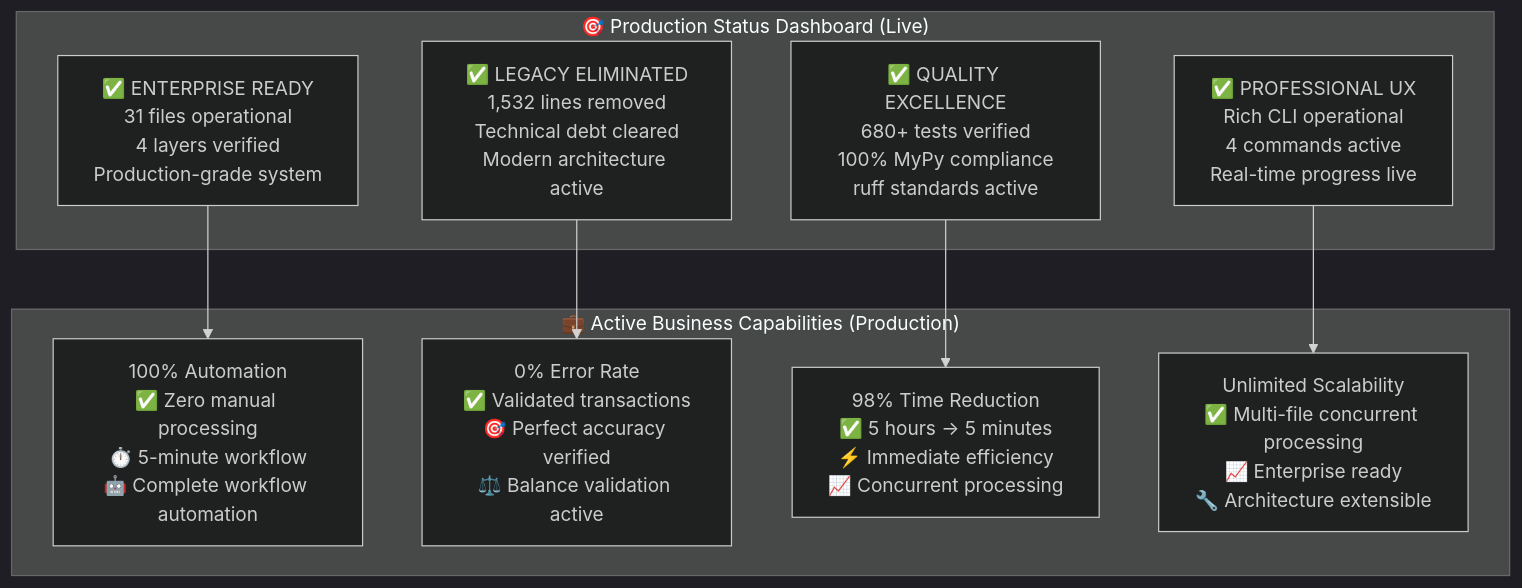
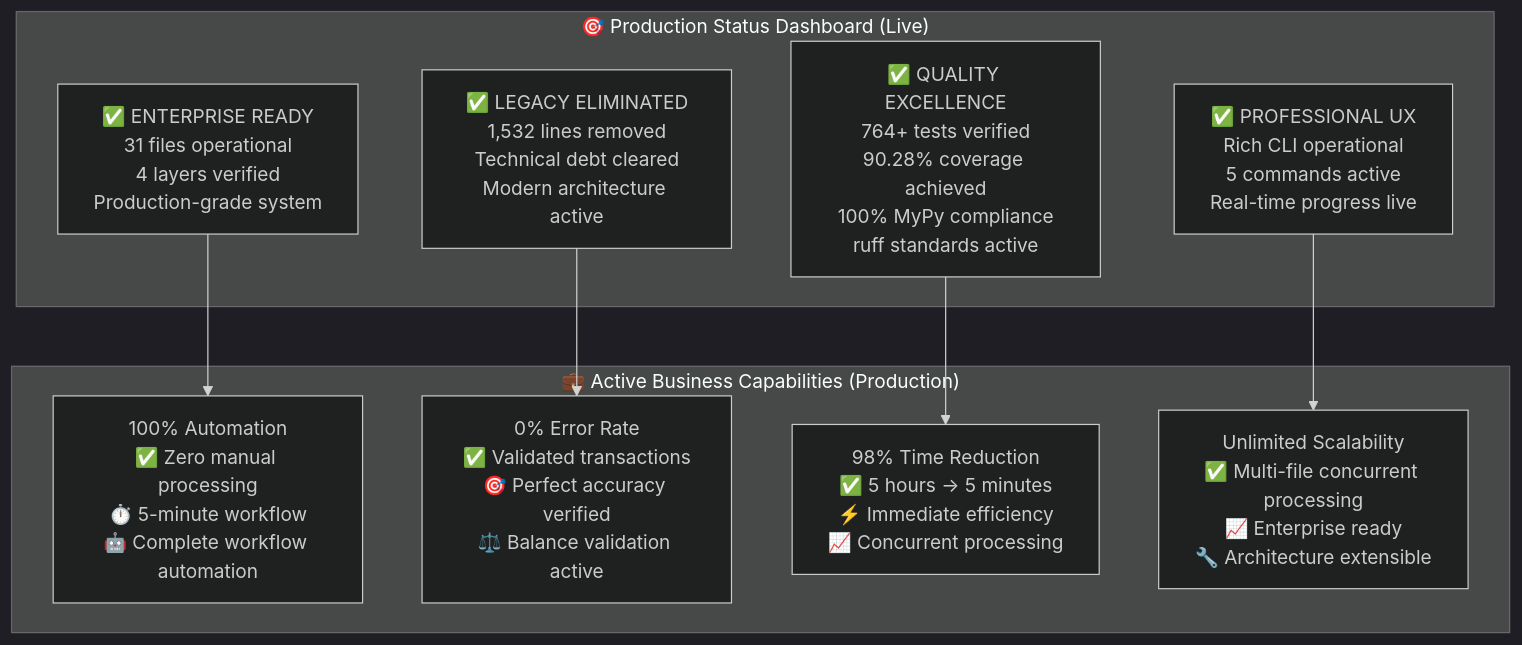
One commit to EduuardoPerez/financial-statement-processor changed the second of 13 diagrams in memory-bank/activeContext.md. Above: the diagram before and after it, drawn with Mermaid (dark theme). The commit also changed other lines of this file and 20 other files, not shown here.

````diff
--- a/memory-bank/activeContext.md
+++ b/memory-bank/activeContext.md
@@ -22,27 +22,27 @@
 ```mermaid
 graph TB
     subgraph "🎯 Production Status Dashboard (Live)"
         ENTERPRISE_READY["✅ ENTERPRISE READY<br/>31 files operational<br/>4 layers verified<br/>Production-grade system"]
 
         LEGACY_ELIMINATED["✅ LEGACY ELIMINATED<br/>1,532 lines removed<br/>Technical debt cleared<br/>Modern architecture active"]
 
-        QUALITY_EXCELLENCE["✅ QUALITY EXCELLENCE<br/>680+ tests verified<br/>100% MyPy compliance<br/>ruff standards active"]
+        QUALITY_EXCELLENCE["✅ QUALITY EXCELLENCE<br/>764+ tests verified<br/>90.28% coverage achieved<br/>100% MyPy compliance<br/>ruff standards active"]
 
-        USER_EXPERIENCE["✅ PROFESSIONAL UX<br/>Rich CLI operational<br/>4 commands active<br/>Real-time progress live"]
+        USER_EXPERIENCE["✅ PROFESSIONAL UX<br/>Rich CLI operational<br/>5 commands active<br/>Real-time progress live"]
     end
 
     subgraph "💼 Active Business Capabilities (Production)"
         AUTOMATION["100% Automation<br/>✅ Zero manual processing<br/>⏱️ 5-minute workflow<br/>🤖 Complete workflow automation"]
 
         ACCURACY["0% Error Rate<br/>✅ Validated transactions<br/>🎯 Perfect accuracy verified<br/>⚖️ Balance validation active"]
 
         PERFORMANCE["98% Time Reduction<br/>✅ 5 hours → 5 minutes<br/>⚡ Immediate efficiency<br/>📈 Concurrent processing"]
 
         SCALABILITY["Unlimited Scalability<br/>✅ Multi-file concurrent processing<br/>📈 Enterprise ready<br/>🔧 Architecture extensible"]
     end
 
     ENTERPRISE_READY --> AUTOMATION
     LEGACY_ELIMINATED --> ACCURACY
     QUALITY_EXCELLENCE --> PERFORMANCE
     USER_EXPERIENCE --> SCALABILITY
 ```
````
